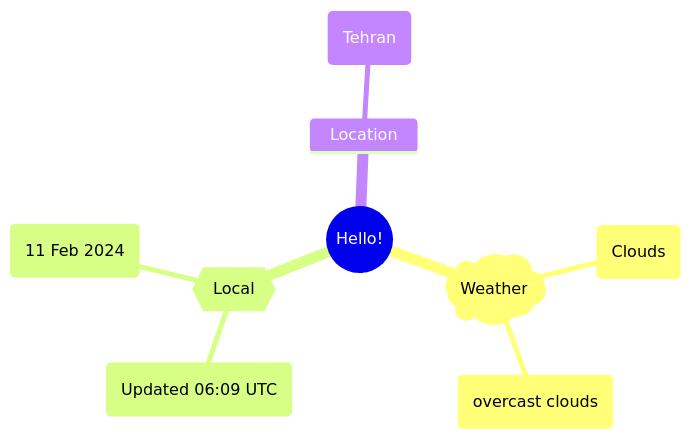
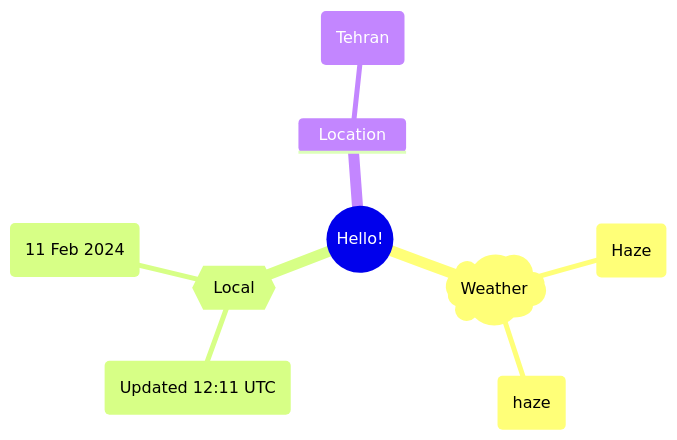
The first of 2 diagrams in README.md (Xosrov/Xosrov), drawn with Mermaid before and after one commit.

Commit message:
[bot] updated images

````diff
--- a/README.md
+++ b/README.md
@@ -3,12 +3,12 @@
 ```mermaid
 mindmap
   root((Hello!))
     )Weather(
-        (Clouds)
-        (overcast clouds)
+        (Haze)
+        (haze)
     {{Local}}
-        (Updated 06:09 UTC)
+        (Updated 12:11 UTC)
         (11 Feb 2024)
     Location
         (Tehran)
 ```
````
